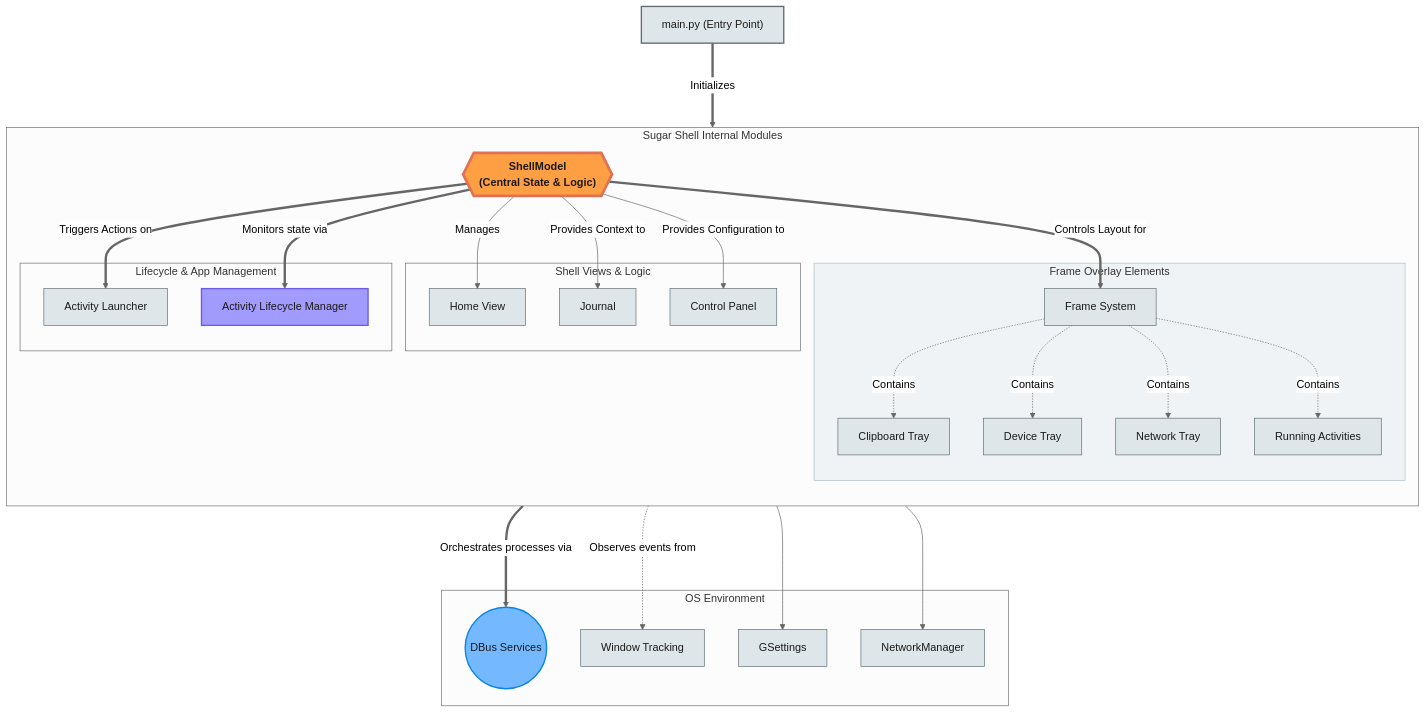
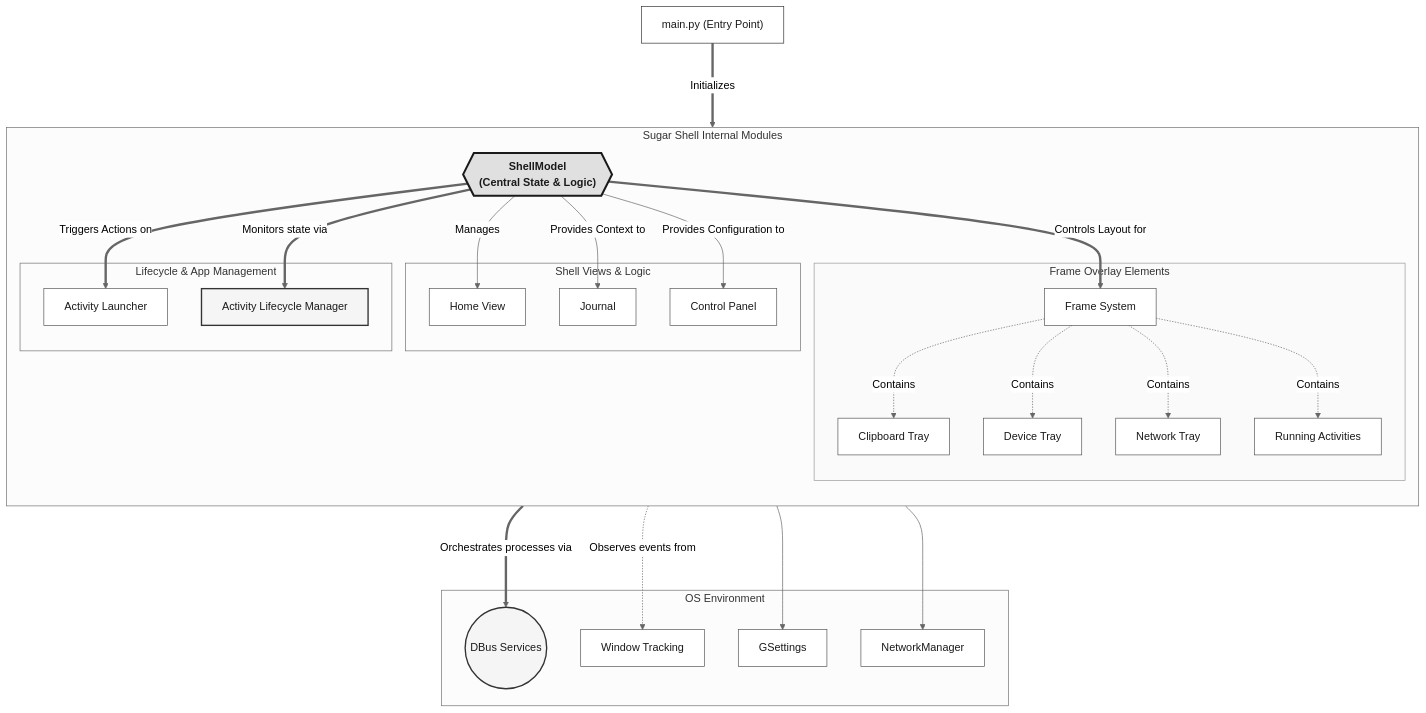
Before and after one commit to Dev10-sys/sugar-proposal-gtk: the fourth of 9 diagrams in proposal.md, drawn with Mermaid (neutral theme). The commit also changed other lines of this file, not shown here.

Commit message:
Revise proposal: clean diagrams, linkable TOC, content fixes

````diff
--- a/proposal.md
+++ b/proposal.md
@@ -342,21 +379,21 @@
     ShellModel --> NetworkManager
 
     %% Styling
-    style Main fill:#dfe6e9,stroke:#636e72,stroke-width:2px,color:#1a1a1a
-    style ShellModel fill:#ff9f43,stroke:#e17055,stroke-width:4px,color:#1a1a1a,font-weight:bold
-    style DBus fill:#74b9ff,stroke:#0984e3,stroke-width:2px,color:#1a1a1a
-    style ActivityManager fill:#a29bfe,stroke:#6c5ce7,stroke-width:2px,color:#1a1a1a
-    style Home fill:#dfe6e9,stroke:#636e72,stroke-width:1px,color:#1a1a1a
-    style Journal fill:#dfe6e9,stroke:#636e72,stroke-width:1px,color:#1a1a1a
-    style ControlPanel fill:#dfe6e9,stroke:#636e72,stroke-width:1px,color:#1a1a1a
-    style Frame fill:#dfe6e9,stroke:#636e72,stroke-width:1px,color:#1a1a1a
-    style Clipboard fill:#dfe6e9,stroke:#636e72,stroke-width:1px,color:#1a1a1a
-    style Devices fill:#dfe6e9,stroke:#636e72,stroke-width:1px,color:#1a1a1a
-    style Friends fill:#dfe6e9,stroke:#636e72,stroke-width:1px,color:#1a1a1a
-    style ActivitiesTray fill:#dfe6e9,stroke:#636e72,stroke-width:1px,color:#1a1a1a
-    style Launcher fill:#dfe6e9,stroke:#636e72,stroke-width:1px,color:#1a1a1a
-    style WindowManager fill:#dfe6e9,stroke:#636e72,stroke-width:1px,color:#1a1a1a
-    style GSettings fill:#dfe6e9,stroke:#636e72,stroke-width:1px,color:#1a1a1a
-    style NetworkManager fill:#dfe6e9,stroke:#636e72,stroke-width:1px,color:#1a1a1a
-    style FrameSystem fill:#f0f3f5,stroke:#b2bec3,stroke-width:1px
+    style Main fill:#fff,stroke:#333,stroke-width:1px,color:#1a1a1a
+    style ShellModel fill:#e0e0e0,stroke:#1a1a1a,stroke-width:3px,color:#1a1a1a,font-weight:bold
+    style DBus fill:#f5f5f5,stroke:#333,stroke-width:2px,color:#1a1a1a
+    style ActivityManager fill:#f5f5f5,stroke:#333,stroke-width:2px,color:#1a1a1a
+    style Home fill:#fff,stroke:#555,stroke-width:1px,color:#1a1a1a
+    style Journal fill:#fff,stroke:#555,stroke-width:1px,color:#1a1a1a
+    style ControlPanel fill:#fff,stroke:#555,stroke-width:1px,color:#1a1a1a
+    style Frame fill:#fff,stroke:#555,stroke-width:1px,color:#1a1a1a
+    style Clipboard fill:#fff,stroke:#555,stroke-width:1px,color:#1a1a1a
+    style Devices fill:#fff,stroke:#555,stroke-width:1px,color:#1a1a1a
+    style Friends fill:#fff,stroke:#555,stroke-width:1px,color:#1a1a1a
+    style ActivitiesTray fill:#fff,stroke:#555,stroke-width:1px,color:#1a1a1a
+    style Launcher fill:#fff,stroke:#555,stroke-width:1px,color:#1a1a1a
+    style WindowManager fill:#fff,stroke:#555,stroke-width:1px,color:#1a1a1a
+    style GSettings fill:#fff,stroke:#555,stroke-width:1px,color:#1a1a1a
+    style NetworkManager fill:#fff,stroke:#555,stroke-width:1px,color:#1a1a1a
+    style FrameSystem fill:#fafafa,stroke:#999,stroke-width:1px
 ```
````
